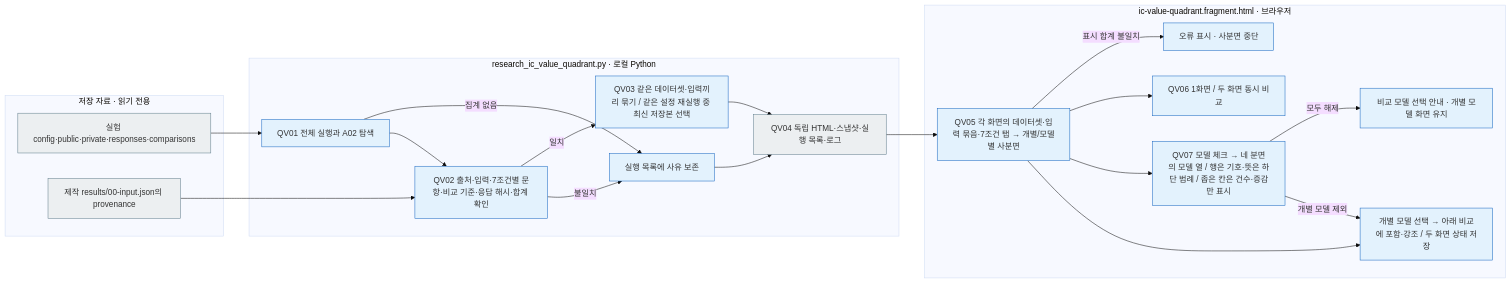
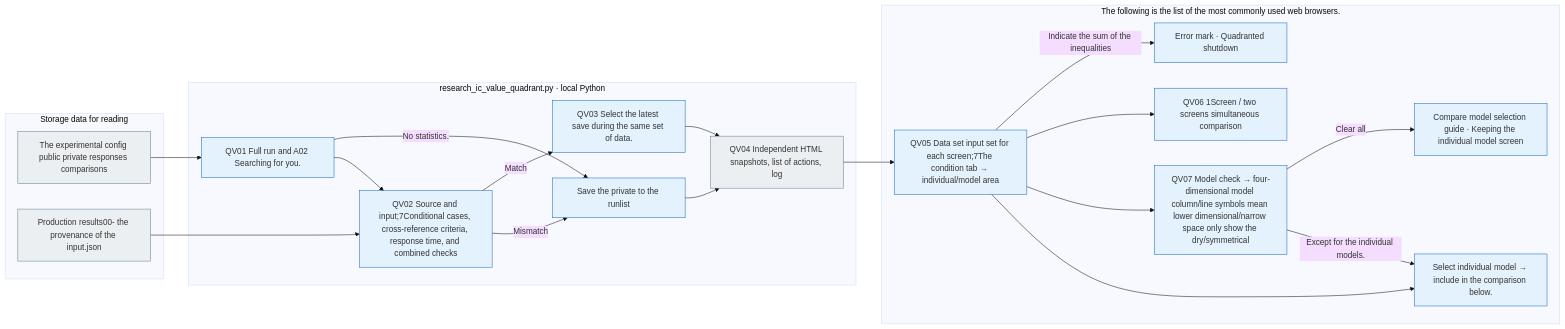
Before and after one commit to pnu-clink/finject: the diagram in src/finarch/documentation/templates/research/ic-value-quadrant-readme.md, drawn with Mermaid (base theme). The commit also changed other lines of this file and 644 other files, not shown here.

````diff
--- a/src/finarch/documentation/templates/research/ic-value-quadrant-readme.md
+++ b/src/finarch/documentation/templates/research/ic-value-quadrant-readme.md
@@ -65,30 +65,30 @@
 ```mermaid
 flowchart LR
- subgraph saved["저장 자료 · 읽기 전용"]
- I["실험 config·public·private·responses·comparisons"]
- P["제작 results/00-input.json의 provenance"]
+ subgraph saved["Storage data for reading"]
+ I["The experimental config public private responses comparisons"]
+ P["Production results00- the provenance of the input.json"]
  end
- subgraph builder["research_ic_value_quadrant.py · 로컬 Python"]
- A["QV01 전체 실행과 A02 탐색"] --> B["QV02 출처·입력·7조건별 문항·비교 기준·응답 해시·합계 확인"]
- A -->|집계 없음| U["실행 목록에 사유 보존"]
- B -->|불일치| U
- B -->|일치| C["QV03 같은 데이터셋·입력끼리 묶기 / 같은 설정 재실행 중 최신 저장본 선택"]
- C --> D["QV04 독립 HTML·스냅샷·실행 목록·로그"]
+ subgraph builder["research_ic_value_quadrant.py · local Python"]
+ A["QV01 Full run and A02 Searching for you."] --> B["QV02 Source and input;7Conditional cases, cross-reference criteria, response time, and combined checks"]
+ A -->|No statistics.| U["Save the private to the runlist"]
+ B -->|Mismatch| U
+ B -->|Match| C["QV03 Select the latest save during the same set of data."]
+ C --> D["QV04 Independent HTML snapshots, list of actions, log"]
  end
- subgraph display["ic-value-quadrant.fragment.html · 브라우저"]
- E["QV05 각 화면의 데이터셋·입력 묶음·7조건 탭 → 개별/모델별 사분면"] --> G["개별 모델 선택 → 아래 비교에 포함·강조 / 두 화면 상태 저장"]
- E --> K["QV07 모델 체크 → 네 분면의 모델 열 / 행은 기호·뜻은 하단 범례 / 좁은 칸은 건수·증감만 표시"]
- K -->|개별 모델 제외| G
- K -->|모두 해제| N["비교 모델 선택 안내 · 개별 모델 화면 유지"]
- E --> J["QV06 1화면 / 두 화면 동시 비교"]
- E -->|표시 합계 불일치| H["오류 표시 · 사분면 중단"]
+ subgraph display["The following is the list of the most commonly used web browsers."]
+ E["QV05 Data set input set for each screen;7The condition tab → individual/model area"] --> G["Select individual model → include in the comparison below."]
+ E --> K["QV07 Model check → four-dimensional model column/line symbols mean lower dimensional/narrow space only show the dry/symmetrical"]
+ K -->|Except for the individual models.| G
+ K -->|Clear all| N["Compare model selection guide · Keeping the individual model screen"]
+ E --> J["QV06 1Screen / two screens simultaneous comparison"]
+ E -->|Indicate the sum of the inequalities| H["Error mark · Quadranted shutdown"]
  end
  I --> A
  P --> B
  U --> D
  D --> E
  classDef file fill:#eceff1,stroke:#607d8b;
  classDef local fill:#e3f2fd,stroke:#1565c0;
  class I,P,D file;
  class A,B,C,U,E,G,H,J,K,N local;
 ```
````
